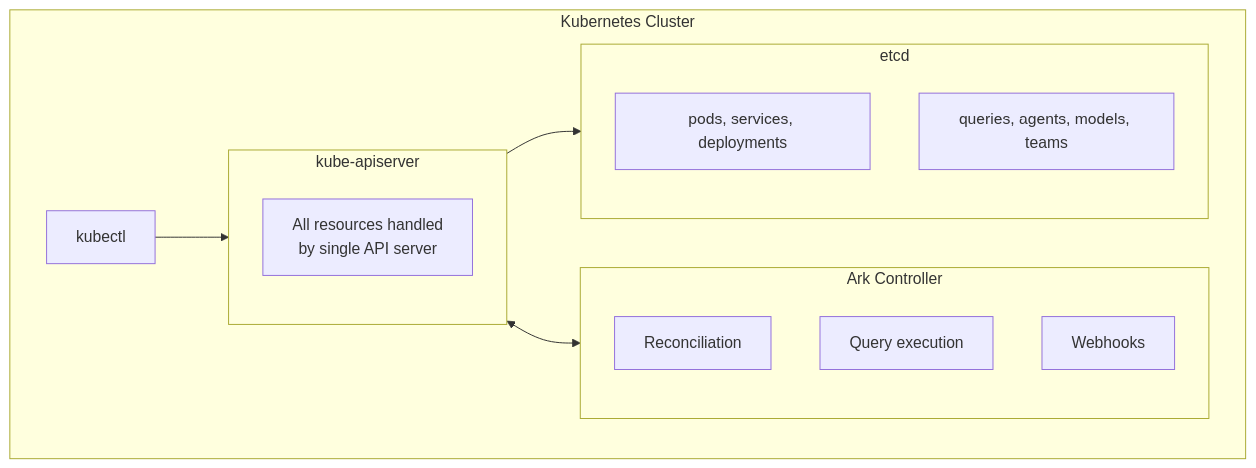
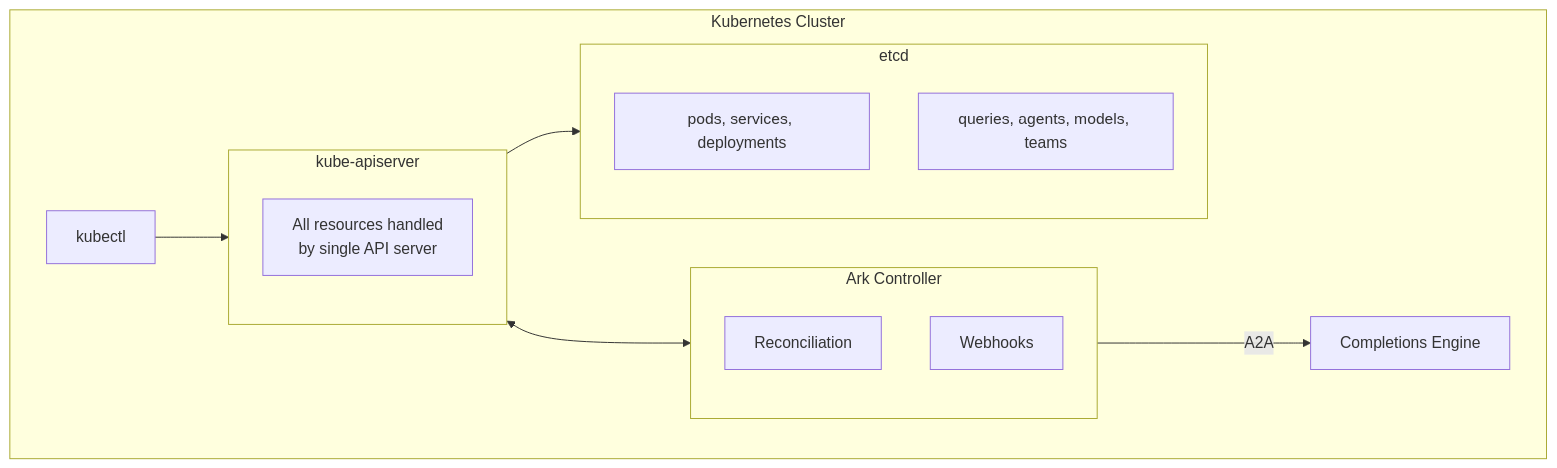
The third of 4 diagrams in docs/content/reference/core-architecture.mdx (moeinghaeini/agents-at-scale-ark), drawn with Mermaid before and after one commit. The commit also changed other lines of this file, not shown here.

First line of the commit message:
docs: update architecture diagrams for standalone completions engine (#1367)

````diff
--- a/docs/content/reference/core-architecture.mdx
+++ b/docs/content/reference/core-architecture.mdx
@@ -136,25 +139,27 @@
 ```mermaid
 flowchart TB
     subgraph cluster["Kubernetes Cluster"]
         kubectl["kubectl"]
 
         subgraph apiserver["kube-apiserver"]
             api_desc["All resources handled<br/>by single API server"]
         end
 
         subgraph controller["Ark Controller"]
             ctrl_reconcile["Reconciliation"]
-            ctrl_query["Query execution"]
             ctrl_webhook["Webhooks"]
         end
+
+        completions["Completions Engine"]
 
         subgraph etcd_box["etcd"]
             etcd_k8s["pods, services, deployments"]
             etcd_ark["queries, agents, models, teams"]
         end
 
         kubectl --> apiserver
         apiserver <--> controller
+        controller -- "A2A" --> completions
         apiserver --> etcd_box
     end
 ```
````
